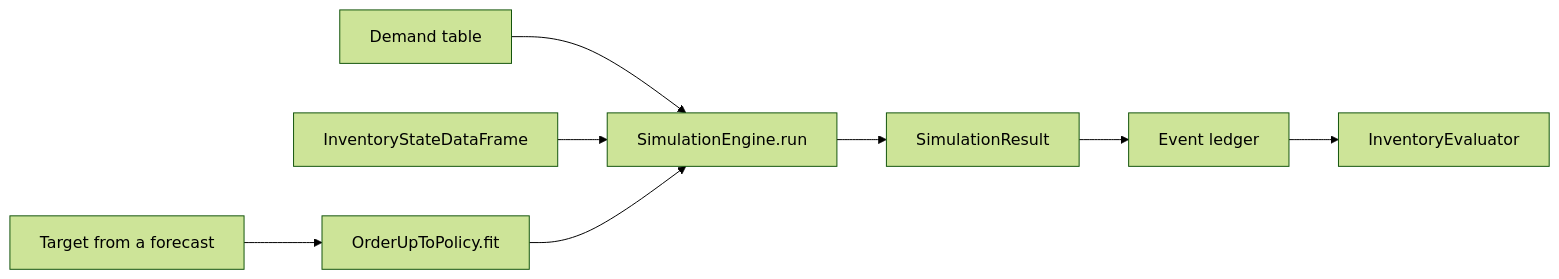
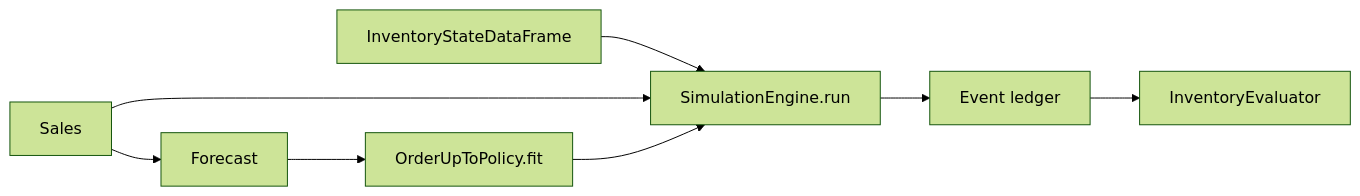
One commit to FilTheo/stockcast changed the diagram in docs/get-started/quickstart.md. Above: the diagram before and after it, drawn with Mermaid (forest theme). The commit also changed other lines of this file and 5 other files, not shown here.

````diff
--- a/docs/get-started/quickstart.md
+++ b/docs/get-started/quickstart.md
@@ -216,10 +212,10 @@
 ```mermaid
 flowchart LR
-    D[Demand table] --> E
+    D[Sales] --> F[Forecast]
+    F --> P[OrderUpToPolicy.fit]
     I[InventoryStateDataFrame] --> E
-    T[Target from a forecast] --> P[OrderUpToPolicy.fit]
+    D --> E
     P --> E[SimulationEngine.run]
-    E --> R[SimulationResult]
-    R --> L[Event ledger]
+    E --> L[Event ledger]
     L --> V[InventoryEvaluator]
 ```
````
